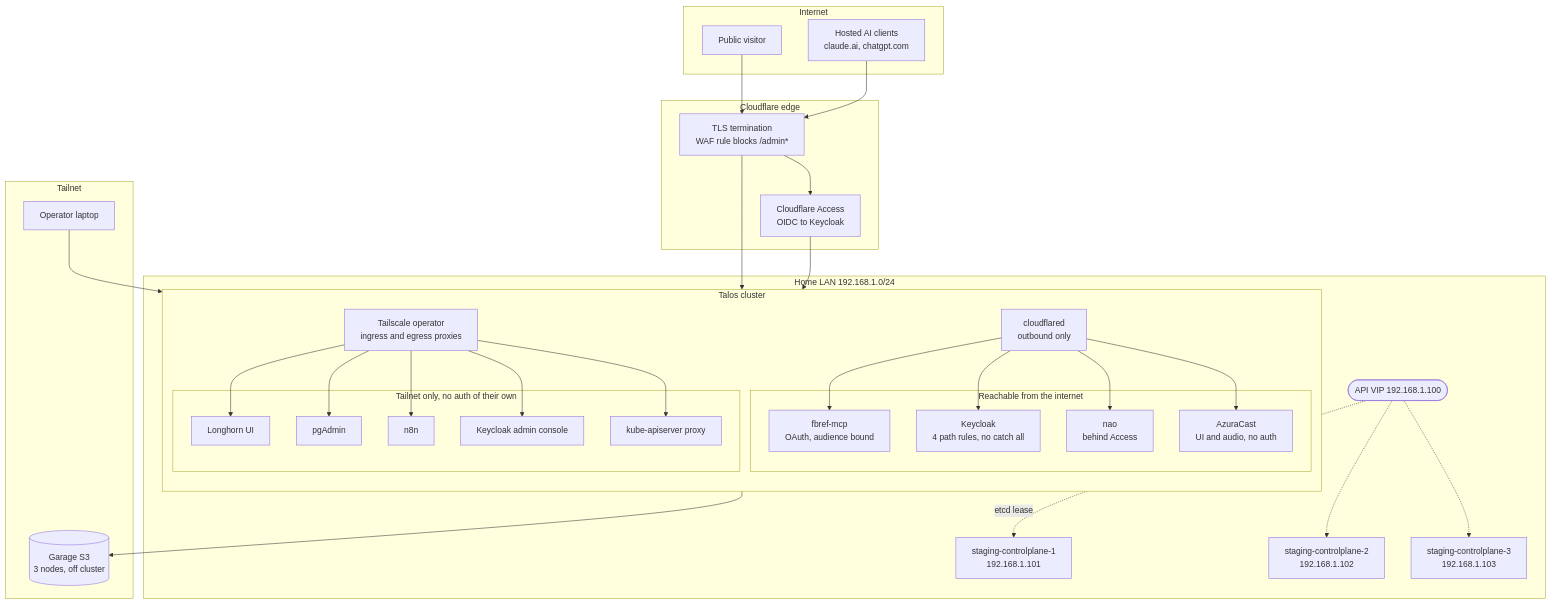
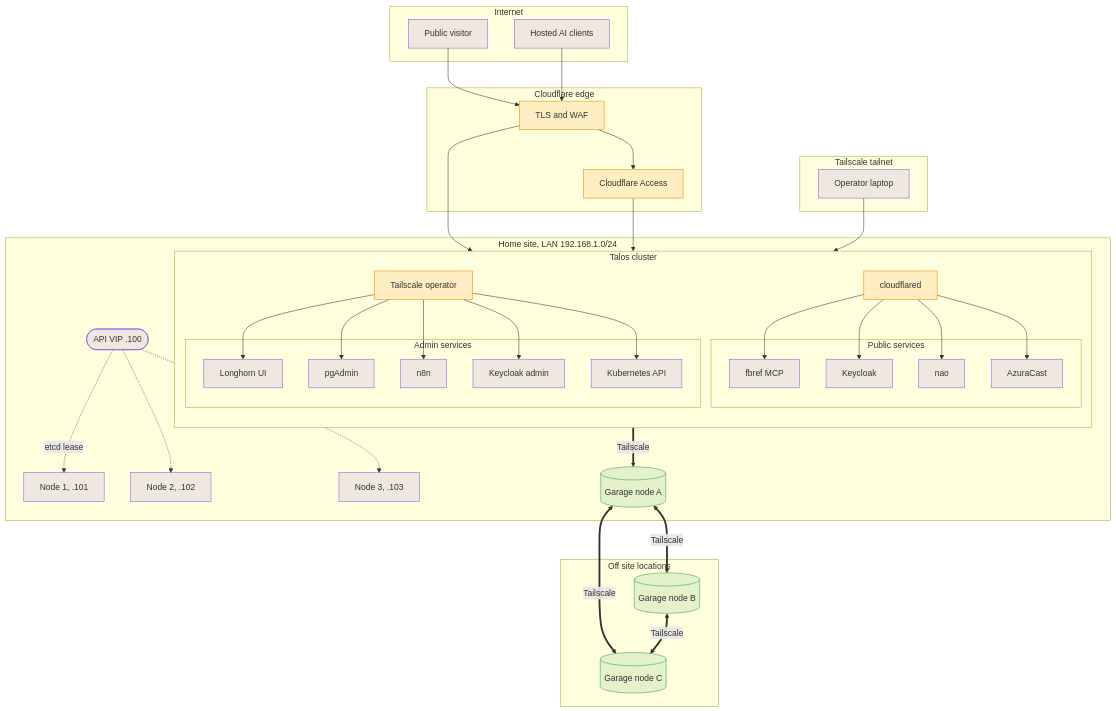
One commit to eliorion/homelab_v1 changed the first of 3 diagrams in README.md. Above: the diagram before and after it, drawn with Mermaid. The commit also changed other lines of this file, not shown here.

First line of the commit message:
docs(readme): explain the off-site Garage cluster, and redraw the diagrams

````diff
--- a/README.md
+++ b/README.md
@@ -51,62 +51,77 @@
 ```mermaid
 flowchart TB
     subgraph internet["Internet"]
         user["Public visitor"]
-        ai["Hosted AI clients<br/>claude.ai, chatgpt.com"]
+        ai["Hosted AI clients"]
     end
 
     subgraph cf["Cloudflare edge"]
-        tls["TLS termination<br/>WAF rule blocks /admin*"]
-        access["Cloudflare Access<br/>OIDC to Keycloak"]
+        tls["TLS and WAF"]
+        access["Cloudflare Access"]
     end
 
-    subgraph tailnet["Tailnet"]
+    subgraph tailnet["Tailscale tailnet"]
         op["Operator laptop"]
-        garage[("Garage S3<br/>3 nodes, off cluster")]
     end
 
-    subgraph lan["Home LAN 192.168.1.0/24"]
+    subgraph home["Home site, LAN 192.168.1.0/24"]
         subgraph cluster["Talos cluster"]
             direction TB
-            cfd["cloudflared<br/>outbound only"]
-            ts["Tailscale operator<br/>ingress and egress proxies"]
-            subgraph public["Reachable from the internet"]
-                mcp["fbref-mcp<br/>OAuth, audience bound"]
-                kc["Keycloak<br/>4 path rules, no catch all"]
-                nao["nao<br/>behind Access"]
-                azu["AzuraCast<br/>UI and audio, no auth"]
+            cfd["cloudflared"]
+            ts["Tailscale operator"]
+            subgraph public["Public services"]
+                mcp["fbref MCP"]
+                kc["Keycloak"]
+                nao["nao"]
+                azu["AzuraCast"]
             end
-            subgraph private["Tailnet only, no auth of their own"]
+            subgraph private["Admin services"]
                 lh["Longhorn UI"]
                 pga["pgAdmin"]
                 n8n["n8n"]
-                kca["Keycloak admin console"]
-                api["kube-apiserver proxy"]
+                kca["Keycloak admin"]
+                api["Kubernetes API"]
             end
         end
-        vip(["API VIP 192.168.1.100"])
-        n1["staging-controlplane-1<br/>192.168.1.101"]
-        n2["staging-controlplane-2<br/>192.168.1.102"]
-        n3["staging-controlplane-3<br/>192.168.1.103"]
+        vip(["API VIP .100"])
+        n1["Node 1, .101"]
+        n2["Node 2, .102"]
+        n3["Node 3, .103"]
+        ga[("Garage node A")]
+    end
+
+    subgraph offsite["Off site locations"]
+        gb[("Garage node B")]
+        gc[("Garage node C")]
     end
 
     user --> tls
     ai --> tls
     tls --> cfd
     tls --> access
     access --> cfd
     cfd --> mcp
     cfd --> kc
     cfd --> nao
     cfd --> azu
     op --> ts
     ts --> lh
     ts --> pga
     ts --> n8n
     ts --> kca
     ts --> api
-    ts --> garage
+    ts ==>|Tailscale| ga
+    ga <==>|Tailscale| gb
+    ga <==>|Tailscale| gc
+    gb <==>|Tailscale| gc
     vip -.->|etcd lease| n1
     vip -.-> n2
     vip -.-> n3
+
+    classDef edge fill:#f6820022,stroke:#f68200,stroke-width:1px
+    classDef store fill:#2ea04322,stroke:#2ea043,stroke-width:1px
+    classDef node fill:#8957e522,stroke:#8957e5,stroke-width:1px
+    class tls,access,cfd,ts edge
+    class ga,gb,gc store
+    class n1,n2,n3,vip node
 ```
````
